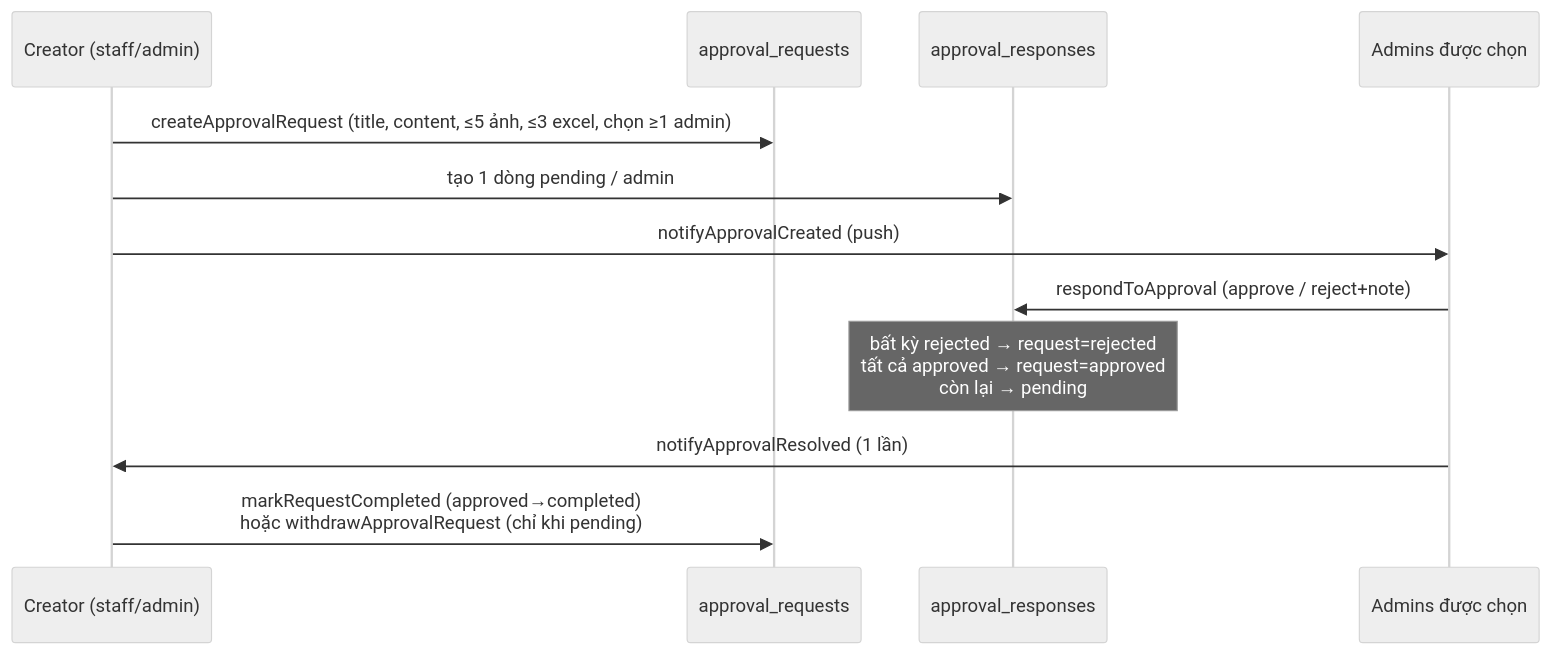
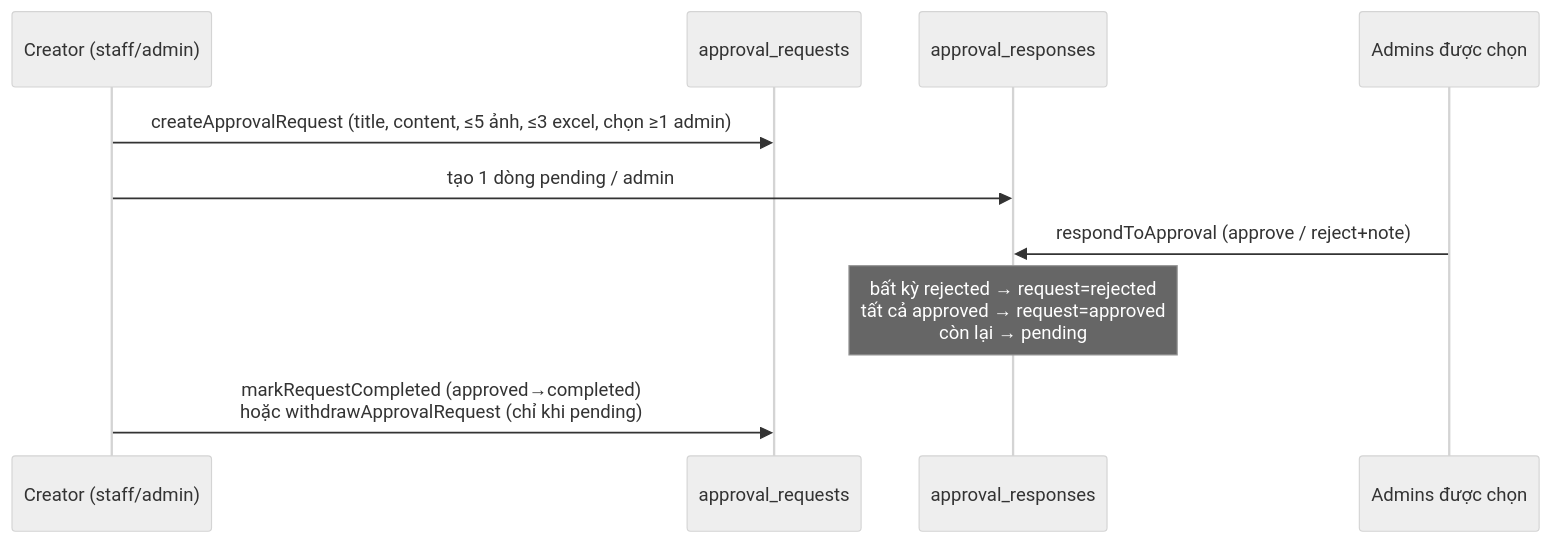
One commit to Hoanghai123a/newJob changed the ninth of 10 diagrams in BLUEPRINT.md. Above: the diagram before and after it, drawn with Mermaid (neutral theme). The commit also changed other lines of this file and 113 other files, not shown here.

````diff
--- a/BLUEPRINT.md
+++ b/BLUEPRINT.md
@@ -420,15 +416,13 @@
 ```mermaid
 sequenceDiagram
     participant C as Creator (staff/admin)
     participant R as approval_requests
     participant Resp as approval_responses
     participant A as Admins được chọn
 
     C->>R: createApprovalRequest (title, content, ≤5 ảnh, ≤3 excel, chọn ≥1 admin)
     C->>Resp: tạo 1 dòng pending / admin
-    C->>A: notifyApprovalCreated (push)
     A->>Resp: respondToApproval (approve / reject+note)
     Note over Resp: bất kỳ rejected → request=rejected<br/>tất cả approved → request=approved<br/>còn lại → pending
-    A->>C: notifyApprovalResolved (1 lần)
     C->>R: markRequestCompleted (approved→completed)<br/>hoặc withdrawApprovalRequest (chỉ khi pending)
 ```
````
